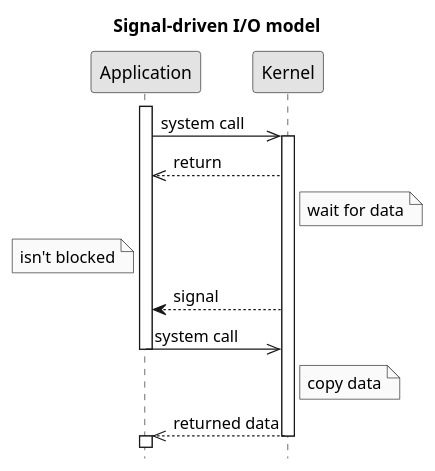
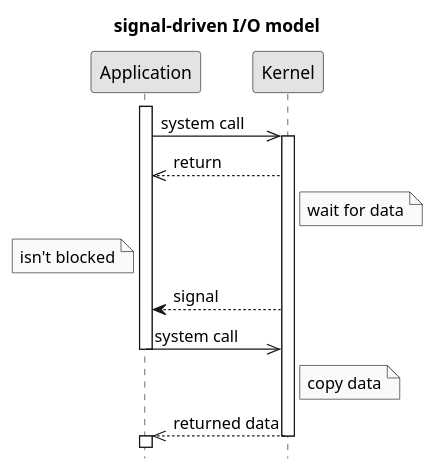
Before and after one commit to c0p4c4b4n4/demo-sockets-io-nio-nio2: the diagram in doc/plantuml/4. signal-driven IO model.puml, drawn with PlantUML. The commit also changed 3 other files, not shown here.

```diff
--- a/doc/plantuml/4. signal-driven IO model.puml
+++ b/doc/plantuml/4. signal-driven IO model.puml
@@ -1,20 +1,20 @@
 @startuml
-title Signal-driven I/O model
+title signal-driven I/O model
 hide footbox
 skinparam monochrome true
 skinparam shadowing false
 activate Application
 Application->>Kernel: system call
 activate Kernel
 Kernel-->>Application: return
 Note right of Kernel: wait for data
 Note left of Application: isn't blocked
 Kernel-->Application: signal
 Application->>Kernel: system call
 deactivate Application
 Note right of Kernel: copy data
 Kernel-->>Application: returned data
 deactivate Kernel
 activate Application
 deactivate Application
 @enduml
```
